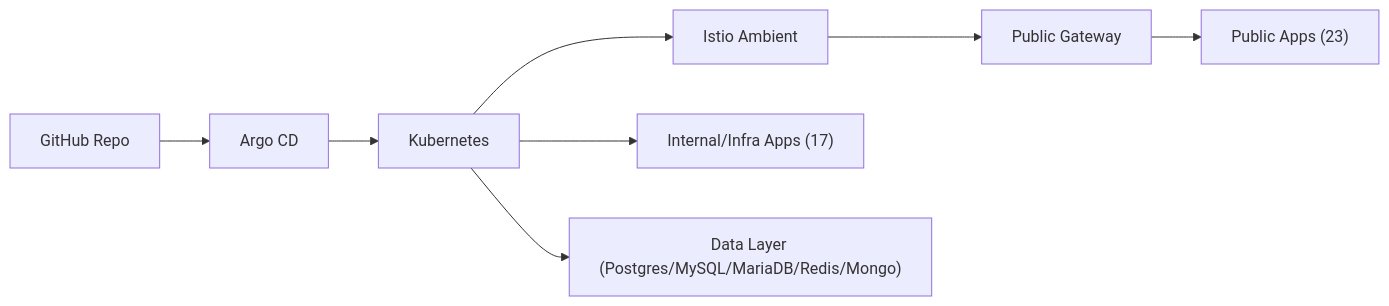
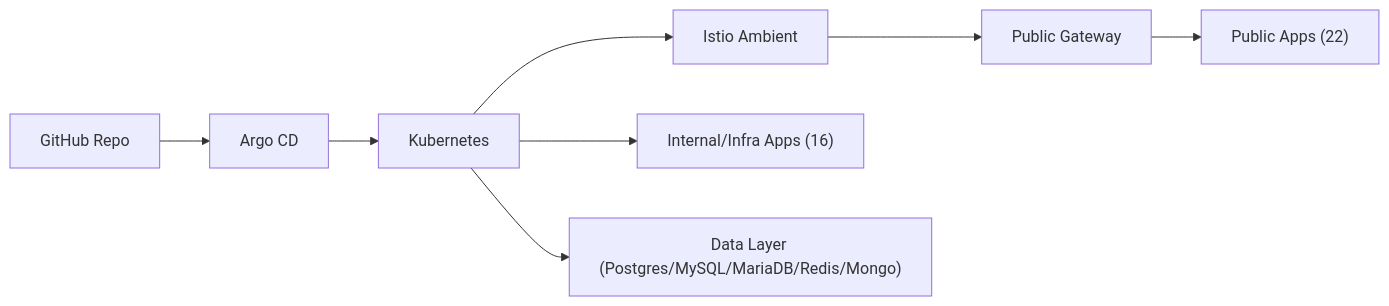
One commit to noeulnight/homelab changed the diagram in README.md. Above: the diagram before and after it, drawn with Mermaid. The commit also changed other lines of this file and 28 other files, not shown here.

````diff
--- a/README.md
+++ b/README.md
@@ -15,10 +15,10 @@
 ```mermaid
 flowchart LR
   GitHub["GitHub Repo"] --> Argo["Argo CD"]
   Argo --> K8s["Kubernetes"]
   K8s --> Istio["Istio Ambient"]
   Istio --> Gateway["Public Gateway"]
-  Gateway --> PublicApps["Public Apps (23)"]
-  K8s --> InternalApps["Internal/Infra Apps (17)"]
+  Gateway --> PublicApps["Public Apps (22)"]
+  K8s --> InternalApps["Internal/Infra Apps (16)"]
   K8s --> Data["Data Layer (Postgres/MySQL/MariaDB/Redis/Mongo)"]
 ```
````
